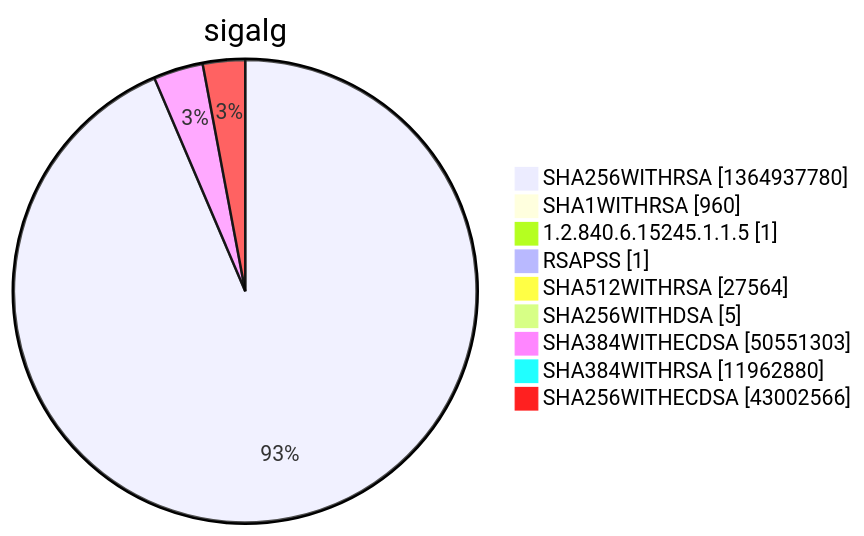
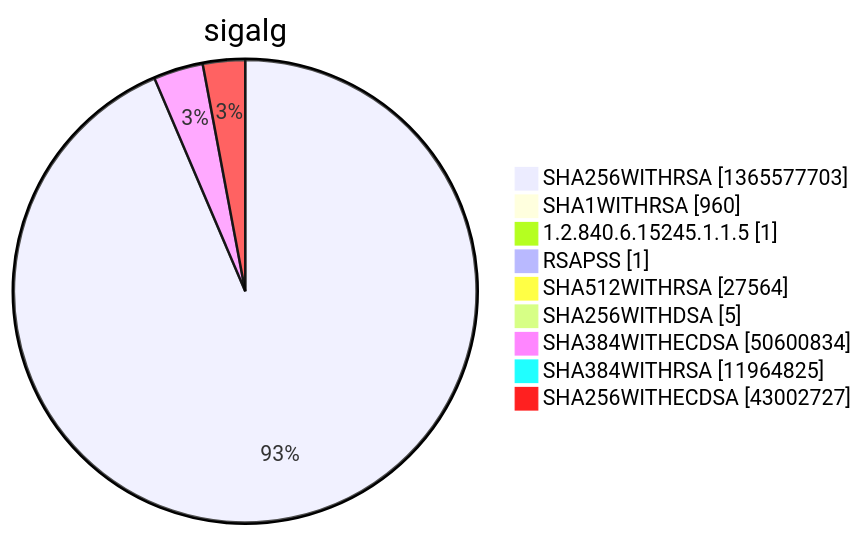
Diagram 15 of 15 in argon2022/README.md (christiankrug/ctmonitor_visualization), drawn with Mermaid before and after one commit. The commit also changed other lines of this file, not shown here.

````diff
--- a/argon2022/README.md
+++ b/argon2022/README.md
@@ -5524,13 +5524,13 @@
 ```mermaid
 pie showData
 title sigalg
-"SHA256WITHRSA" :1364937780
+"SHA256WITHRSA" :1365577703
 "SHA1WITHRSA" :960
 "1.2.840.6.15245.1.1.5" :1
 "RSAPSS" :1
 "SHA512WITHRSA" :27564
 "SHA256WITHDSA" :5
-"SHA384WITHECDSA" :50551303
-"SHA384WITHRSA" :11962880
-"SHA256WITHECDSA" :43002566
+"SHA384WITHECDSA" :50600834
+"SHA384WITHRSA" :11964825
+"SHA256WITHECDSA" :43002727
 ```
````
